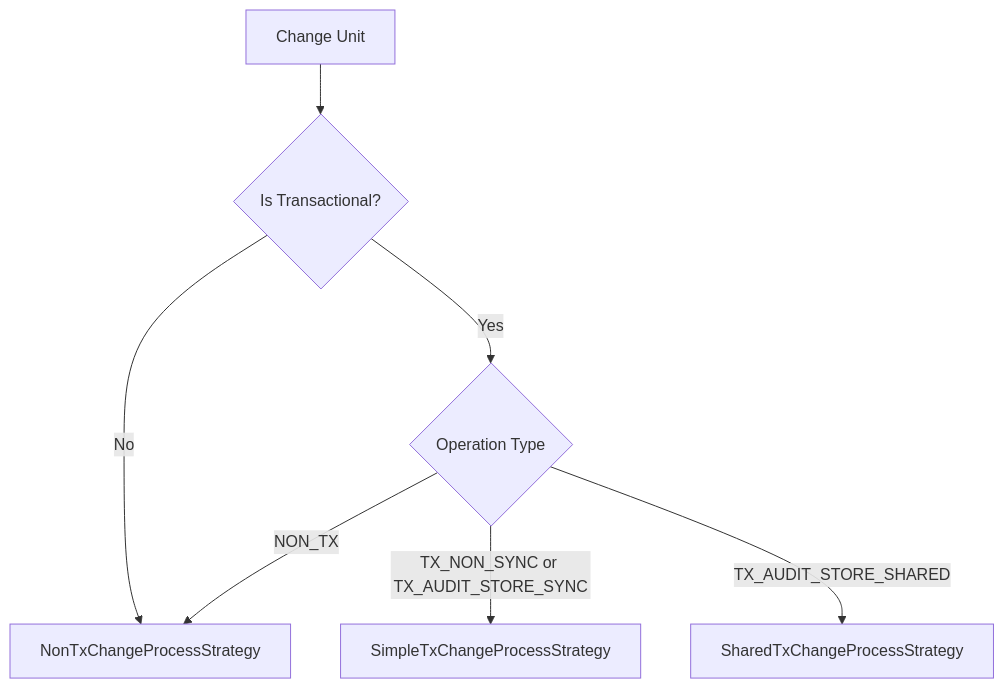
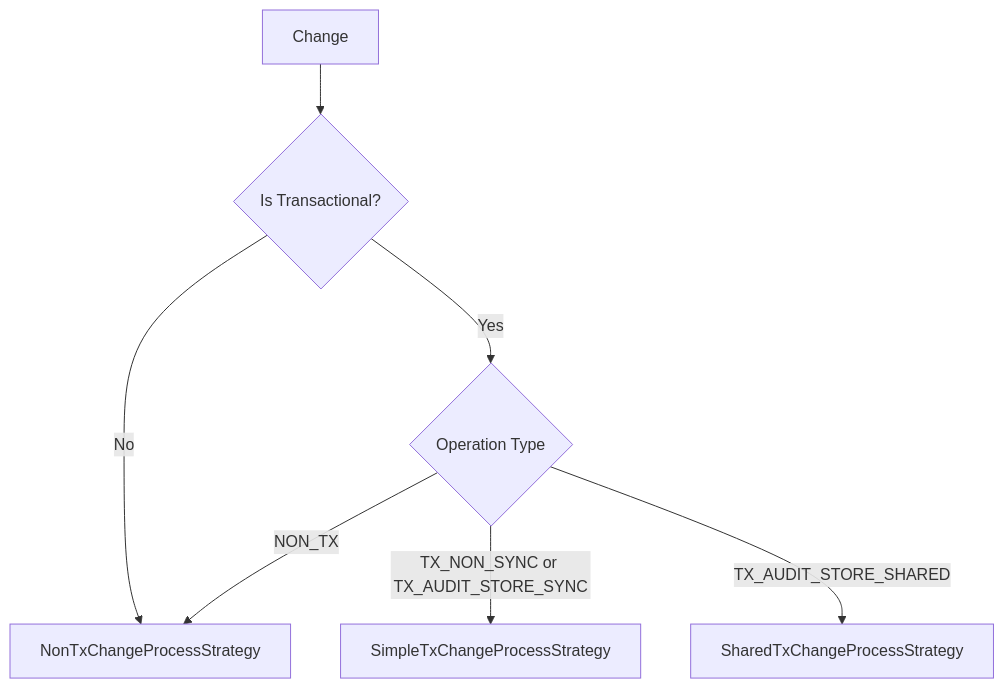
Before and after one commit to flamingock/flamingock-java: the fourth of 4 diagrams in docs/CHANGE_PROCESS_STRATEGIES.md, drawn with Mermaid. The commit also changed 138 other files, not shown here.

````diff
--- a/docs/CHANGE_PROCESS_STRATEGIES.md
+++ b/docs/CHANGE_PROCESS_STRATEGIES.md
@@ -145,9 +145,9 @@
 ```mermaid
 flowchart TD
-    A[Change Unit] --> B{Is Transactional?}
+    A[Change] --> B{Is Transactional?}
     B -->|No| C[NonTxChangeProcessStrategy]
     B -->|Yes| D{Operation Type}
     D -->|NON_TX| C
     D -->|TX_NON_SYNC or TX_AUDIT_STORE_SYNC| E[SimpleTxChangeProcessStrategy]
     D -->|TX_AUDIT_STORE_SHARED| F[SharedTxChangeProcessStrategy]
 ```
````
